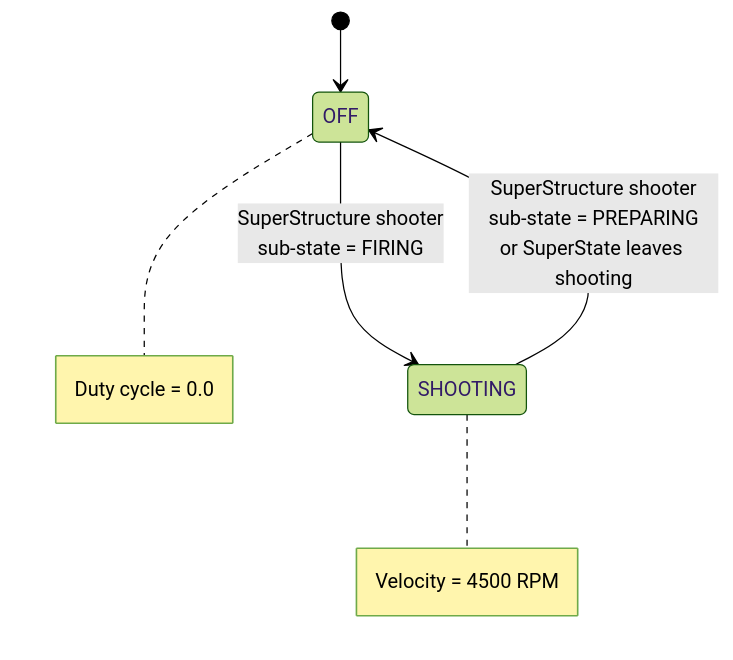
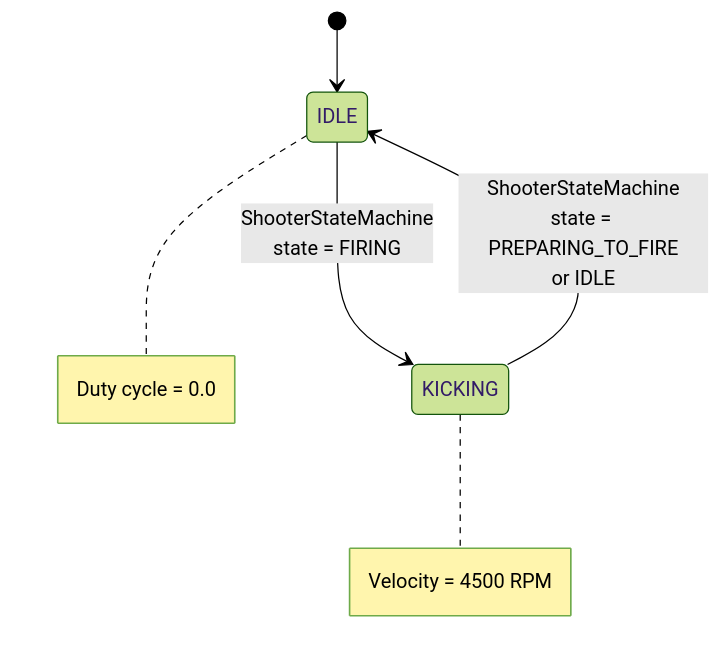
Before and after one commit to FRCTeam360/RainMaker26: the diagram in docs/states/FlywheelKickerStateMachine.mmd, drawn with Mermaid (forest theme). The commit also changed 2 other files, not shown here.

```diff
--- a/docs/states/FlywheelKickerStateMachine.mmd
+++ b/docs/states/FlywheelKickerStateMachine.mmd
@@ -1,10 +1,11 @@
 %% FlywheelKicker State Machine
 %% Reflects actual code in FlywheelKicker.java
+%% Single-layer state: WantedState set by ShooterStateMachine
 stateDiagram-v2
-    [*] --> OFF
+    [*] --> IDLE
 
-    OFF --> SHOOTING : SuperStructure shooter<br>sub-state = FIRING
-    SHOOTING --> OFF : SuperStructure shooter<br>sub-state = PREPARING<br>or SuperState leaves shooting
+    IDLE --> KICKING : ShooterStateMachine<br>state = FIRING
+    KICKING --> IDLE : ShooterStateMachine<br>state = PREPARING_TO_FIRE<br>or IDLE
 
-    note right of OFF : Duty cycle = 0.0
-    note right of SHOOTING : Velocity = 4500 RPM
+    note right of IDLE : Duty cycle = 0.0
+    note right of KICKING : Velocity = 4500 RPM
```
